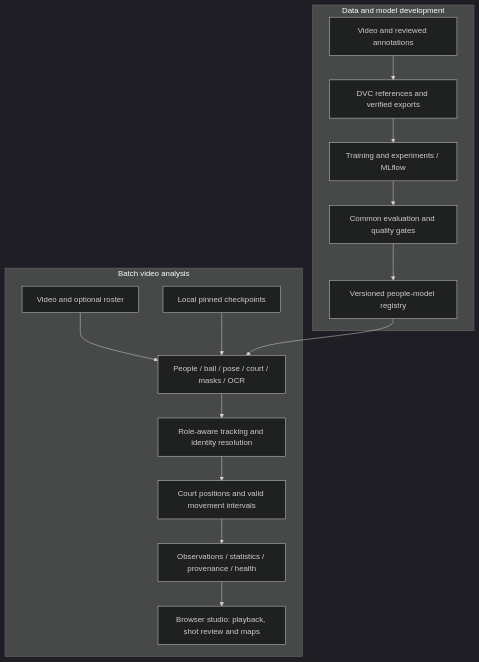
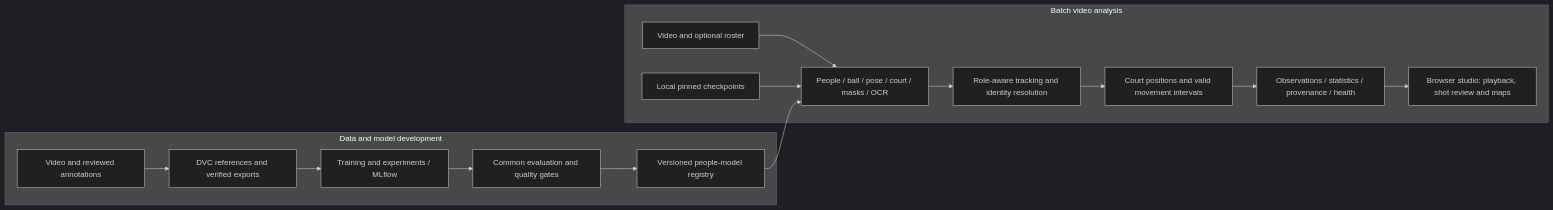
Before and after one commit to ErwanMouras/basket-ai-analysis: the diagram in README.md, drawn with Mermaid (dark theme). The commit also changed other lines of this file and 2 other files, not shown here.

````diff
--- a/README.md
+++ b/README.md
@@ -222,18 +210,18 @@
 ```mermaid
-flowchart TD
+flowchart LR
     subgraph Development[Data and model development]
         A[Video and reviewed annotations] --> B[DVC references and verified exports]
         B --> C[Training and experiments / MLflow]
         C --> D[Common evaluation and quality gates]
         D --> E[Versioned people-model registry]
     end
     subgraph Analysis[Batch video analysis]
         F[Video and optional roster] --> G[People / ball / pose / court / masks / OCR]
         E --> G
         H[Local pinned checkpoints] --> G
         G --> I[Role-aware tracking and identity resolution]
         I --> J[Court positions and valid movement intervals]
         J --> K[Observations / statistics / provenance / health]
         K --> L[Browser studio: playback, shot review and maps]
     end
 ```
````
